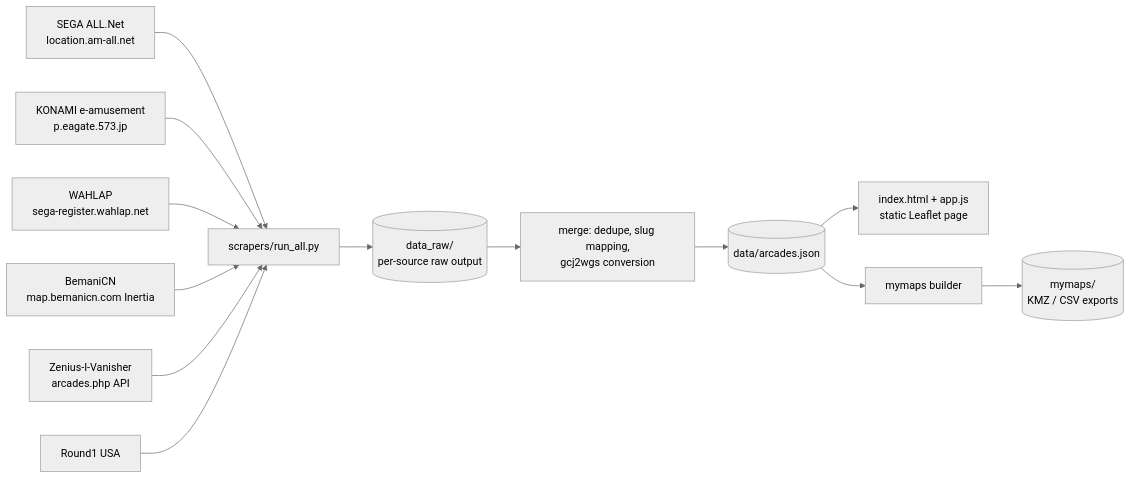
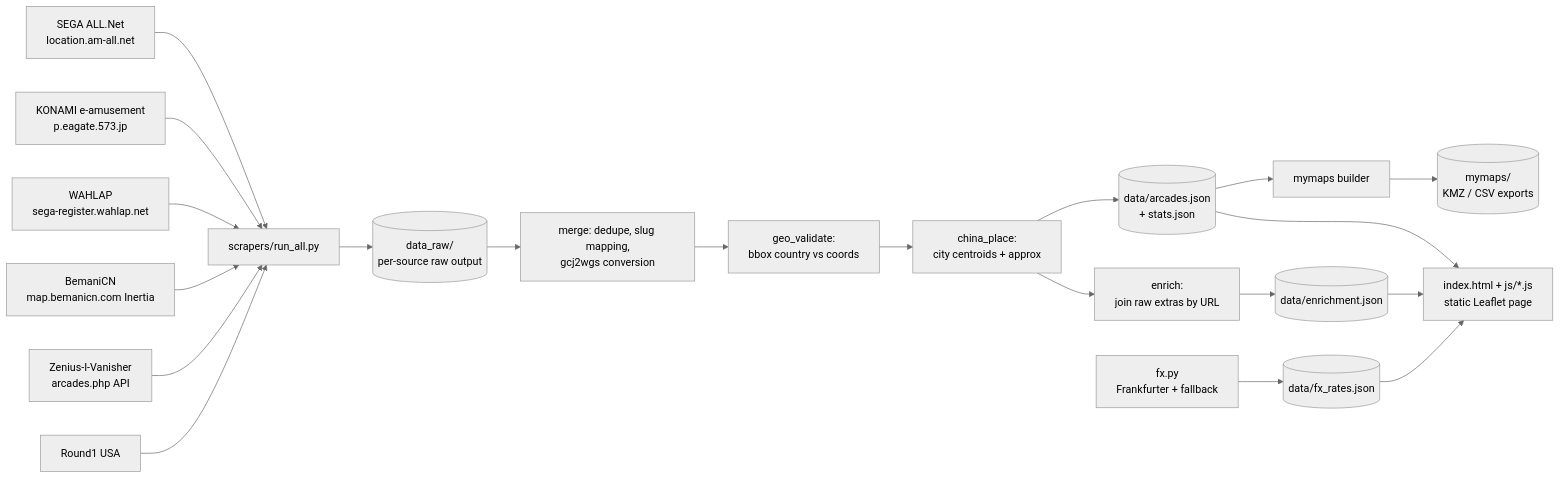
One commit to JonathanLiu1401/Arcade-Maps changed the first of 2 diagrams in docs/ARCHITECTURE.md. Above: the diagram before and after it, drawn with Mermaid (neutral theme). The commit also changed other lines of this file and 157 other files, not shown here.

````diff
--- a/docs/ARCHITECTURE.md
+++ b/docs/ARCHITECTURE.md
@@ -5,15 +5,22 @@
 ```mermaid
 flowchart LR
   allnet["SEGA ALL.Net<br>location.am-all.net"] --> run
   eagate["KONAMI e-amusement<br>p.eagate.573.jp"] --> run
   wahlap["WAHLAP<br>sega-register.wahlap.net"] --> run
   bemanicn["BemaniCN<br>map.bemanicn.com Inertia"] --> run
   ziv["Zenius-I-Vanisher<br>arcades.php API"] --> run
   round1["Round1 USA"] --> run
   run["scrapers/run_all.py"] --> raw[("data_raw/<br>per-source raw output")]
   raw --> merge["merge: dedupe, slug mapping,<br>gcj2wgs conversion"]
-  merge --> canon[("data/arcades.json")]
-  canon --> site["index.html + app.js<br>static Leaflet page"]
+  merge --> geov["geo_validate:<br>bbox country vs coords"]
+  geov --> china["china_place:<br>city centroids + approx"]
+  china --> canon[("data/arcades.json<br>+ stats.json")]
+  china --> enrich["enrich:<br>join raw extras by URL"]
+  enrich --> enj[("data/enrichment.json")]
+  canon --> site["index.html + js/*.js<br>static Leaflet page"]
+  enj --> site
+  fxstep["fx.py<br>Frankfurter + fallback"] --> fxj[("data/fx_rates.json")]
+  fxj --> site
   canon --> builder["mymaps builder"]
   builder --> exports[("mymaps/<br>KMZ / CSV exports")]
 ```
````
